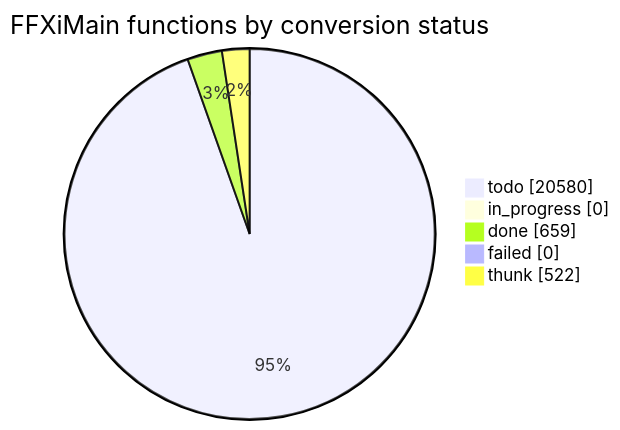
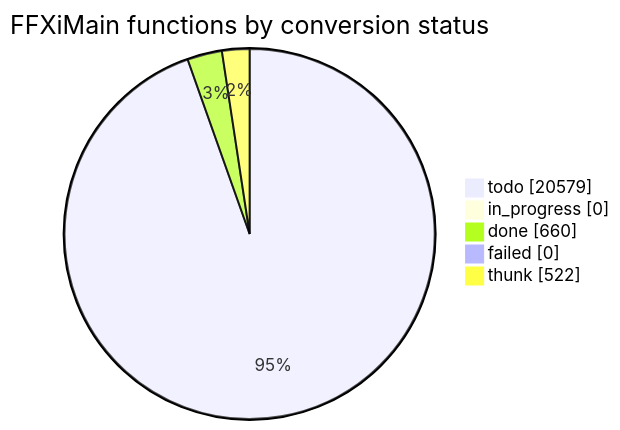
The diagram in docs/cow/STATUS.md (cowrevenge/cow_kuluu_xi_anything), drawn with Mermaid before and after one commit. The commit also changed other lines of this file and 9 other files, not shown here.

````diff
--- a/docs/cow/STATUS.md
+++ b/docs/cow/STATUS.md
@@ -18,9 +18,9 @@
 ```mermaid
 pie showData
     title FFXiMain functions by conversion status
-    "todo" : 20580
+    "todo" : 20579
     "in_progress" : 0
-    "done" : 659
+    "done" : 660
     "failed" : 0
     "thunk" : 522
 ```
````
